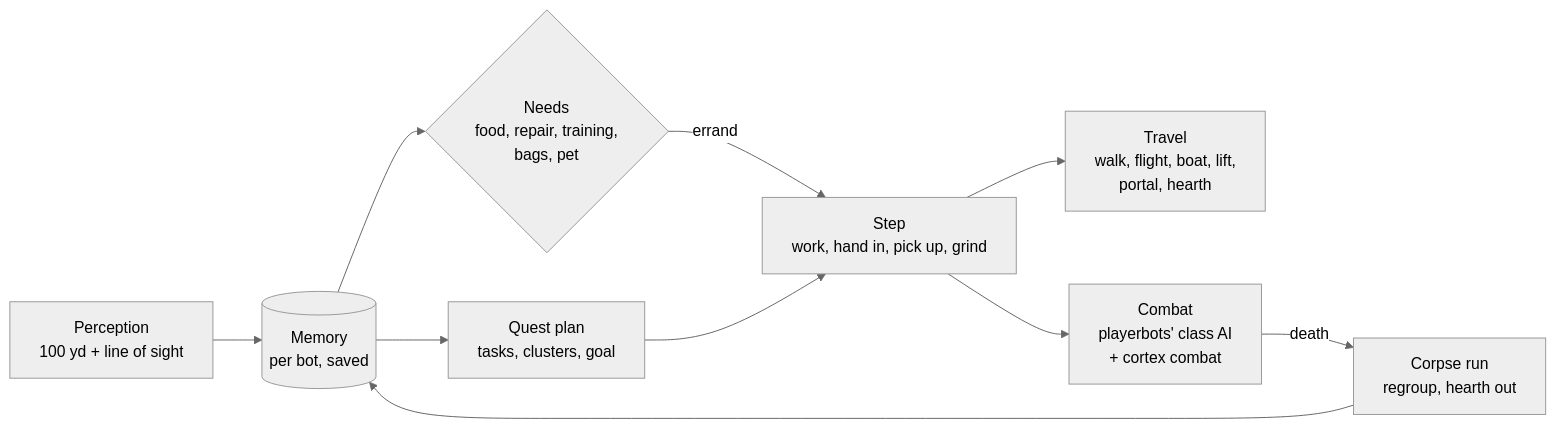
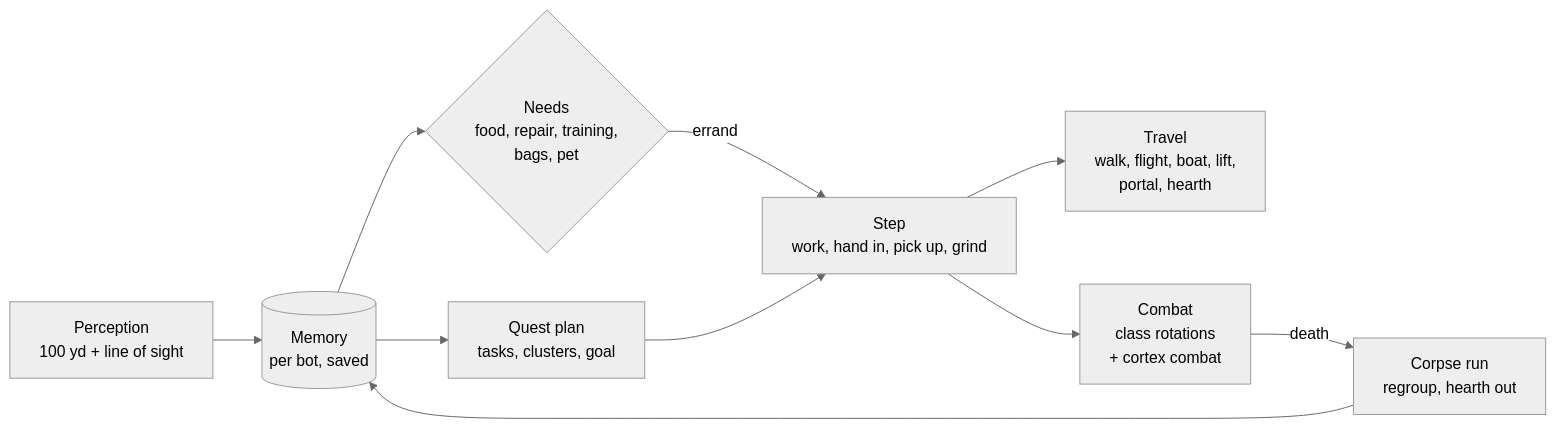
The diagram in README.md (italicninja/mod-cortex), drawn with Mermaid (neutral theme) before and after one commit. The commit also changed other lines of this file and 3 other files, not shown here.

First line of the commit message:
Docs: Cortex is the whole bot system; mod-playerbots only in the credits

````diff
--- a/README.md
+++ b/README.md
@@ -39,12 +40,12 @@
 ```mermaid
 flowchart LR
     P[Perception<br>100 yd + line of sight] --> M[(Memory<br>per bot, saved)]
     M --> N{Needs<br>food, repair, training,<br>bags, pet}
     M --> Q[Quest plan<br>tasks, clusters, goal]
     N -- errand --> S
     Q --> S[Step<br>work, hand in, pick up, grind]
     S --> T[Travel<br>walk, flight, boat, lift,<br>portal, hearth]
-    S --> C[Combat<br>playerbots' class AI<br>+ cortex combat]
+    S --> C[Combat<br>class rotations<br>+ cortex combat]
     C -- death --> R[Corpse run<br>regroup, hearth out]
     R --> M
 ```
````
